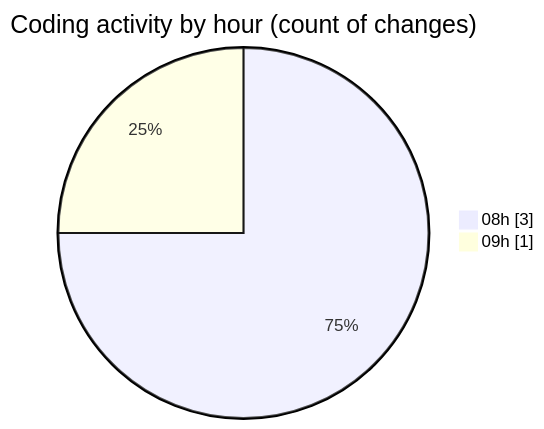
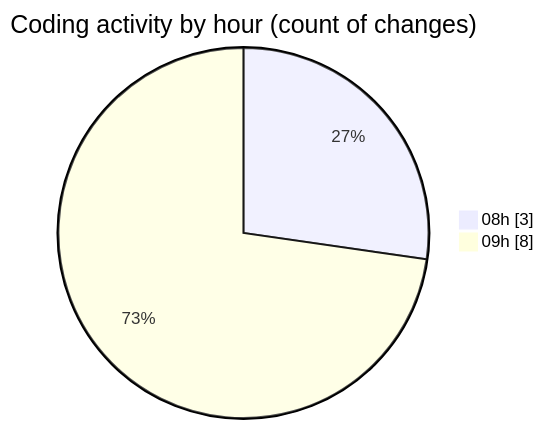
Before and after one commit to Elitesun/code-tracking: the second of 2 diagrams in 2025-05-13/niten/README.md, drawn with Mermaid. The commit also changed other lines of this file and 1 other file, not shown here.

````diff
--- a/2025-05-13/niten/README.md
+++ b/2025-05-13/niten/README.md
@@ -31,6 +35,6 @@
 ```mermaid
 pie showData
 title Coding activity by hour (count of changes)
 "08h" : 3
-"09h" : 1
+"09h" : 8
 ```
````
